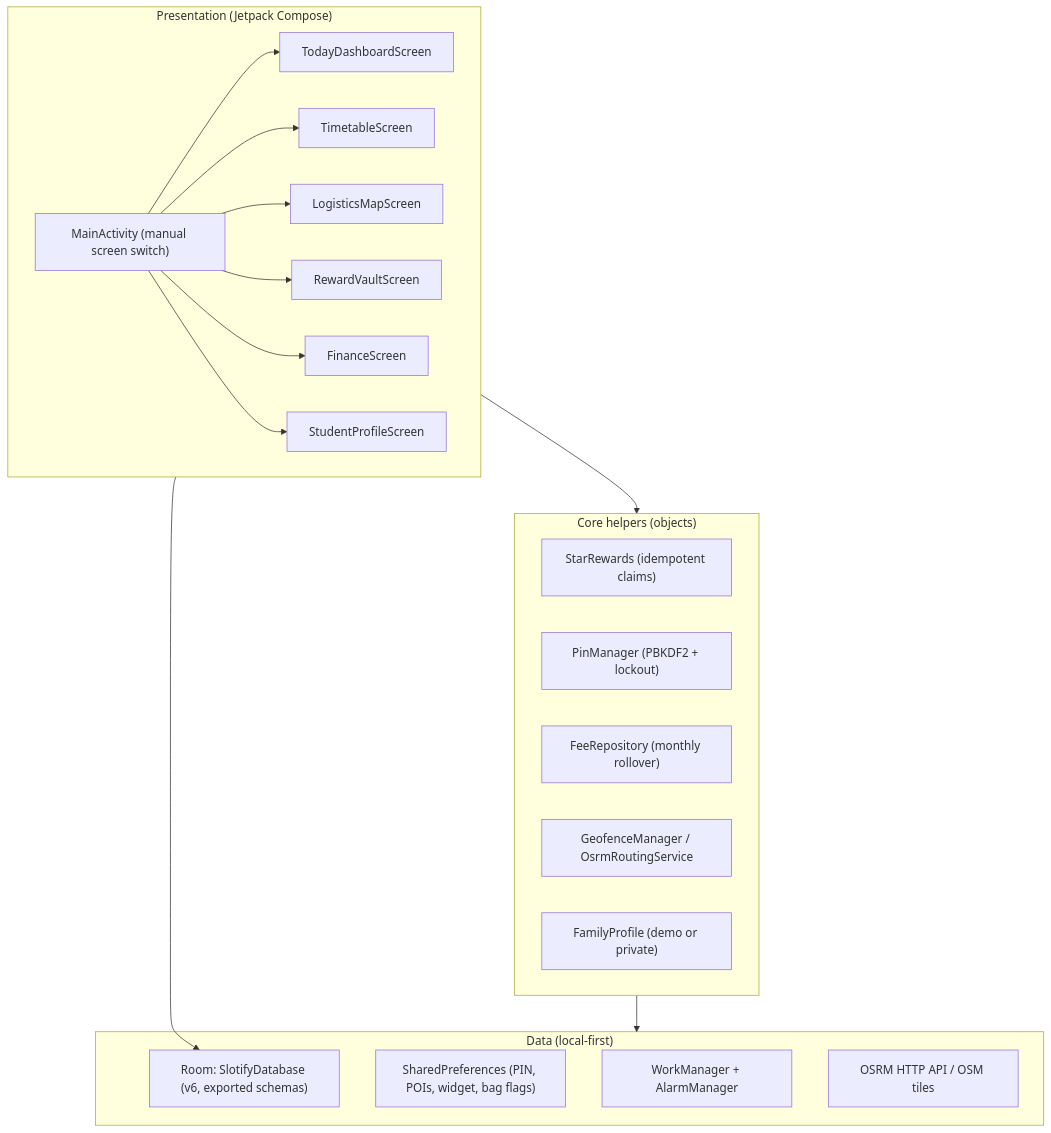
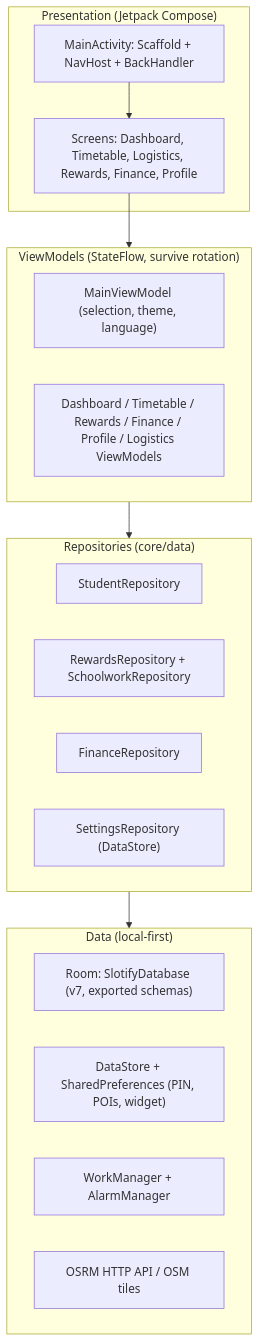
The first of 3 diagrams in MASTER_DOCUMENTATION.md (manaphassan/Slotify), drawn with Mermaid before and after one commit. The commit also changed other lines of this file and 35 other files, not shown here.

First line of the commit message:
Add ViewModels, NavHost and money-in-sen storage

````diff
--- a/MASTER_DOCUMENTATION.md
+++ b/MASTER_DOCUMENTATION.md
@@ -47,32 +47,28 @@
 ```mermaid
 flowchart TD
     subgraph UI ["Presentation (Jetpack Compose)"]
-        M["MainActivity (manual screen switch)"]
-        A1["TodayDashboardScreen"]
-        A2["TimetableScreen"]
-        A3["LogisticsMapScreen"]
-        A4["RewardVaultScreen"]
-        A5["FinanceScreen"]
-        A6["StudentProfileScreen"]
+        M["MainActivity: Scaffold + NavHost + BackHandler"]
+        S["Screens: Dashboard, Timetable, Logistics, Rewards, Finance, Profile"]
     end
 
-    subgraph Core ["Core helpers (objects)"]
-        B1["StarRewards (idempotent claims)"]
-        B2["PinManager (PBKDF2 + lockout)"]
-        B3["FeeRepository (monthly rollover)"]
-        B4["GeofenceManager / OsrmRoutingService"]
-        B5["FamilyProfile (demo or private)"]
+    subgraph VM ["ViewModels (StateFlow, survive rotation)"]
+        V0["MainViewModel (selection, theme, language)"]
+        V1["Dashboard / Timetable / Rewards / Finance / Profile / Logistics ViewModels"]
+    end
+
+    subgraph Repo ["Repositories (core/data)"]
+        R1["StudentRepository"]
+        R2["RewardsRepository + SchoolworkRepository"]
+        R3["FinanceRepository"]
+        R4["SettingsRepository (DataStore)"]
     end
 
     subgraph Data ["Data (local-first)"]
-        C1["Room: SlotifyDatabase (v6, exported schemas)"]
-        C2["SharedPreferences (PIN, POIs, widget, bag flags)"]
+        C1["Room: SlotifyDatabase (v7, exported schemas)"]
+        C2["DataStore + SharedPreferences (PIN, POIs, widget)"]
         C3["WorkManager + AlarmManager"]
         C4["OSRM HTTP API / OSM tiles"]
     end
 
-    M --> A1 & A2 & A3 & A4 & A5 & A6
-    UI --> Core
-    UI --> C1
-    Core --> Data
+    M --> S --> VM --> Repo --> Data
 ```
````
